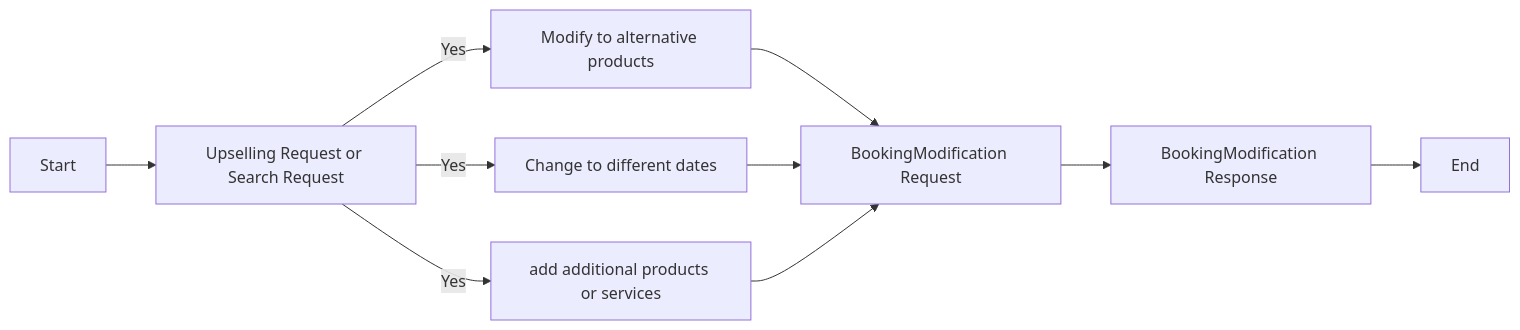
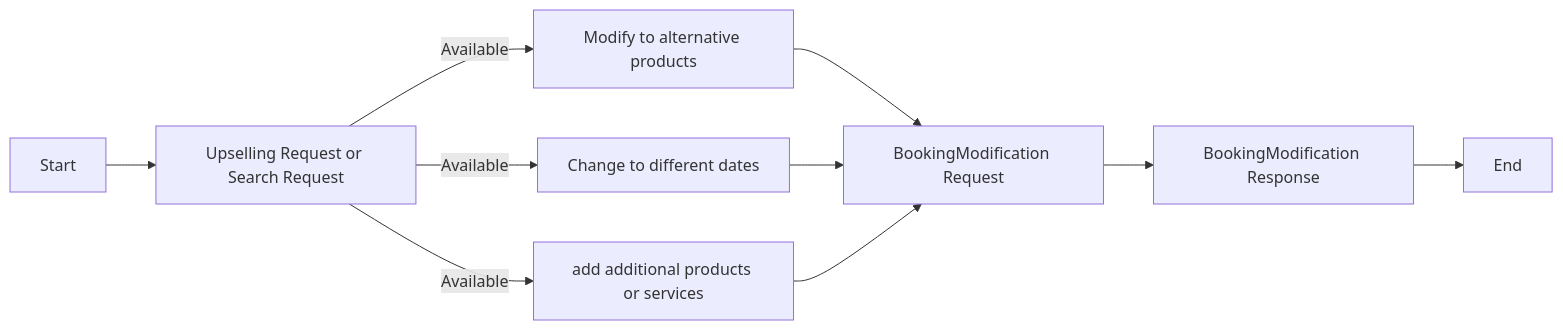
The fourth of 4 diagrams in docs/camino-messenger/introduction.md (chain4travel/camino-docs), drawn with Mermaid before and after one commit. The commit also changed other lines of this file and 1 other file, not shown here.

````diff
--- a/docs/camino-messenger/introduction.md
+++ b/docs/camino-messenger/introduction.md
@@ -174,14 +174,14 @@
 ```mermaid
 flowchart LR
   A[Start] --> B[Upselling Request or Search Request]
 
-  B -->|Yes| D[Modify to alternative products]
-  B -->|Yes| E[Change to different dates]
-  B -->|Yes| F[add additional products or services]
+  B -->|Available| D[Modify to alternative products]
+  B -->|Available| E[Change to different dates]
+  B -->|Available| F[add additional products or services]
   D --> G[BookingModification Request]
   E --> G
   F --> G
   G --> H[BookingModification Response]
 
   H --> J[End]
 ```
````
